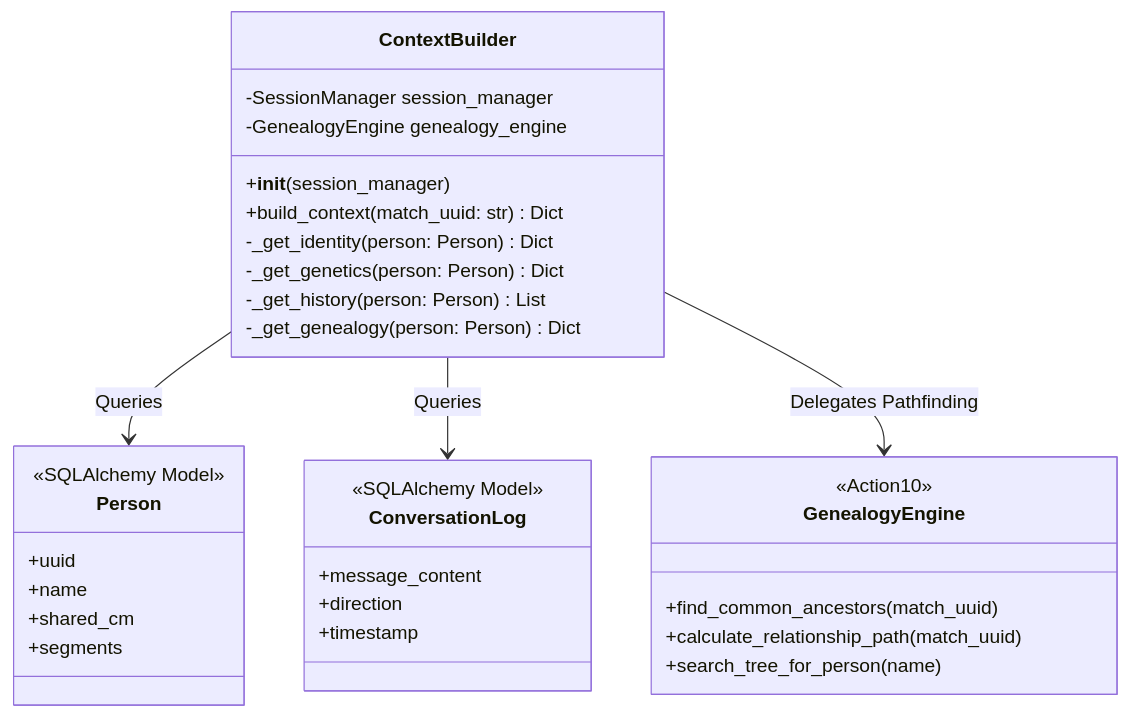
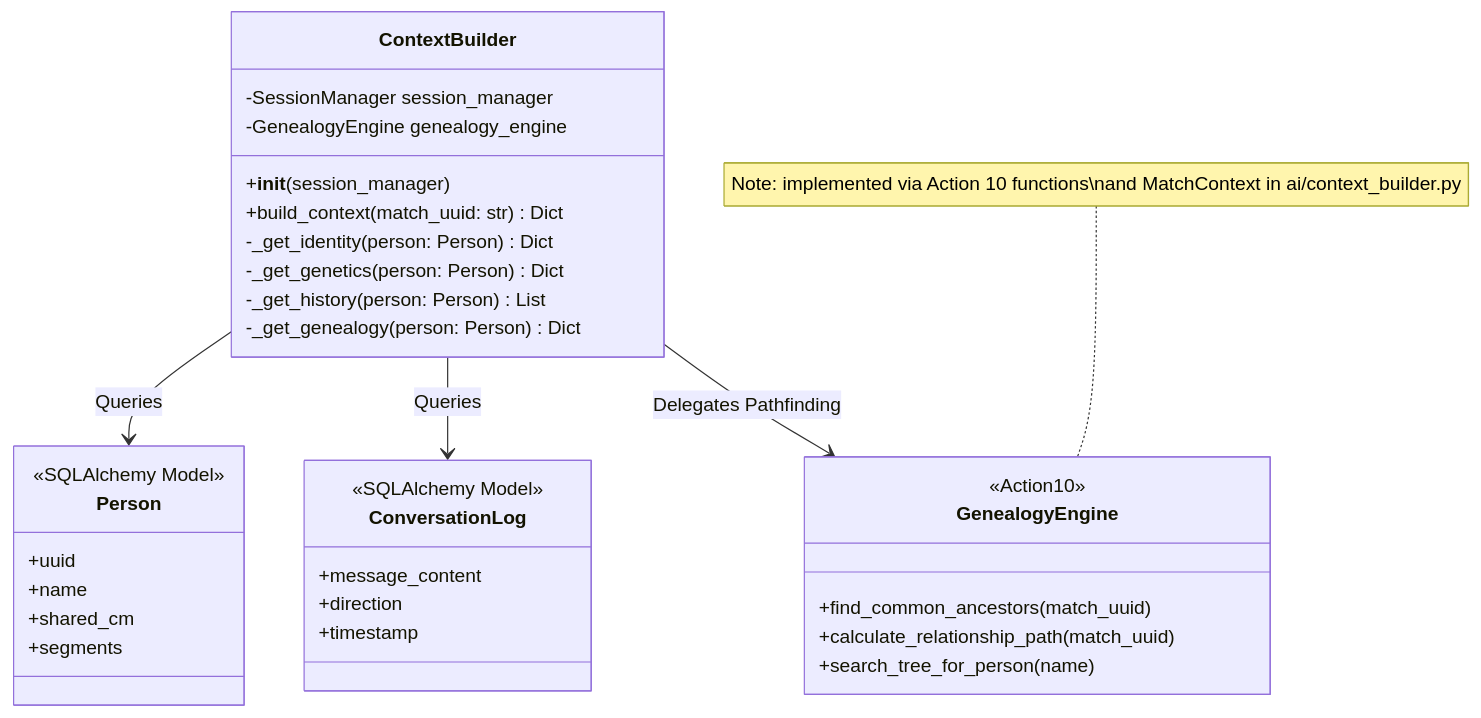
The first of 2 diagrams in docs/specs/response_engine.md (waynegault/ancestry), drawn with Mermaid before and after one commit. The commit also changed other lines of this file and 26 other files, not shown here.

````diff
--- a/docs/specs/response_engine.md
+++ b/docs/specs/response_engine.md
@@ -20,39 +20,40 @@
 ```mermaid
 classDiagram
     class ContextBuilder {
         -SessionManager session_manager
         -GenealogyEngine genealogy_engine
         +__init__(session_manager)
         +build_context(match_uuid: str) Dict
         -_get_identity(person: Person) Dict
         -_get_genetics(person: Person) Dict
         -_get_history(person: Person) List
         -_get_genealogy(person: Person) Dict
     }
 
     class GenealogyEngine {
         <<Action10>>
         +find_common_ancestors(match_uuid)
         +calculate_relationship_path(match_uuid)
         +search_tree_for_person(name)
     }
+    note for GenealogyEngine "Note: implemented via Action 10 functions\nand MatchContext in ai/context_builder.py"
 
     class Person {
         <<SQLAlchemy Model>>
         +uuid
         +name
         +shared_cm
         +segments
     }
 
     class ConversationLog {
         <<SQLAlchemy Model>>
         +message_content
         +direction
         +timestamp
     }
 
     ContextBuilder --> Person : Queries
     ContextBuilder --> ConversationLog : Queries
     ContextBuilder --> GenealogyEngine : Delegates Pathfinding
 ```
````
